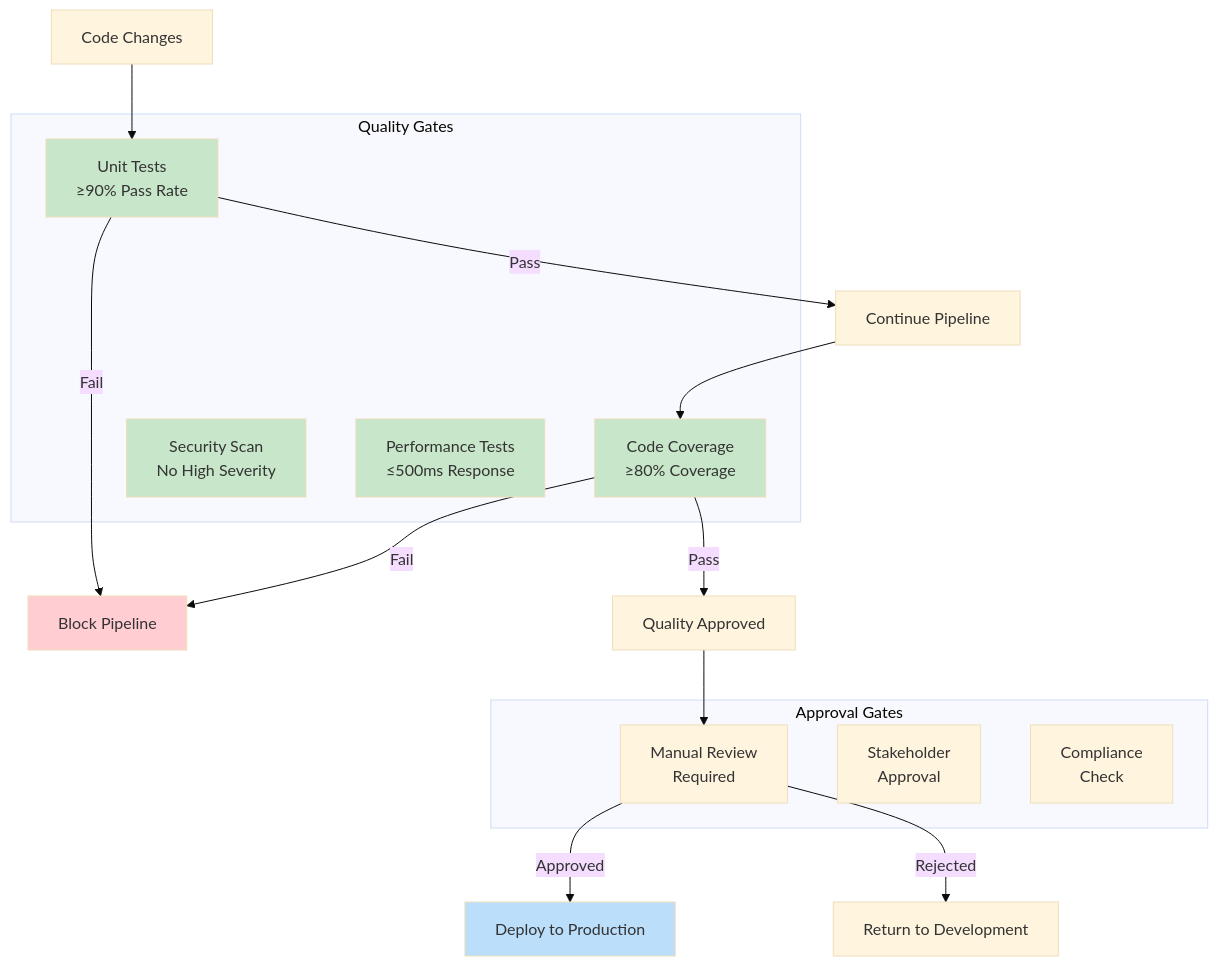
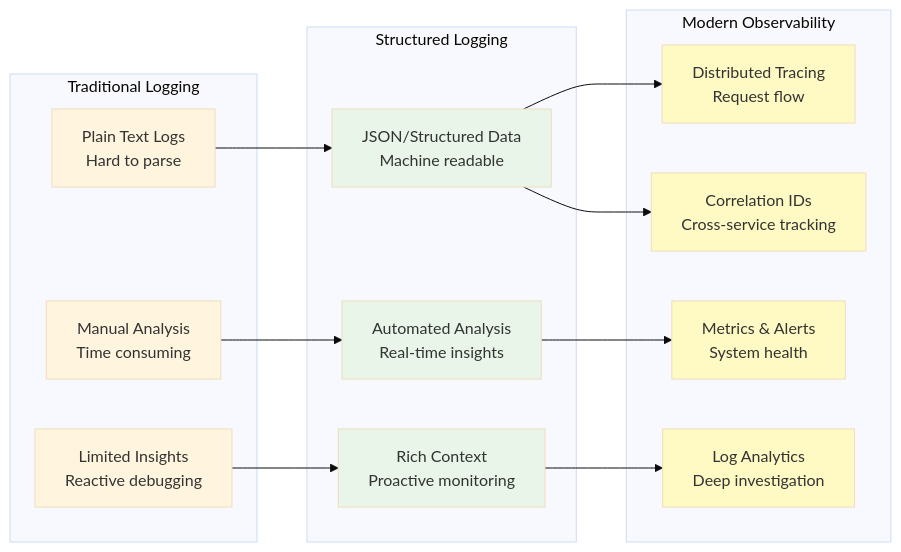
One commit to hunkim/VibeSoftwareEngineering changed the second of 2 diagrams in chapters/chapter-10.md. Above: the diagram before and after it, drawn with Mermaid (base theme). The commit also changed other lines of this file and 17 other files, not shown here.

````diff
--- a/chapters/chapter-10.md
+++ b/chapters/chapter-10.md
@@ -222,34 +774,38 @@
 ```mermaid
-graph TD
-    subgraph "Quality Gates"
-        A["Unit Tests<br/>≥90% Pass Rate"]
-        B["Code Coverage<br/>≥80% Coverage"]
-        C["Security Scan<br/>No High Severity"]
-        D["Performance Tests<br/>≤500ms Response"]
+graph LR
+    subgraph "Traditional Logging"
+        A["Plain Text Logs<br/>Hard to parse"]
+        B["Manual Analysis<br/>Time consuming"]
+        C["Limited Insights<br/>Reactive debugging"]
     end
     
-    subgraph "Approval Gates"
-        E["Manual Review<br/>Required"]
-        F["Stakeholder<br/>Approval"]
-        G["Compliance<br/>Check"]
+    subgraph "Structured Logging"
+        D["JSON/Structured Data<br/>Machine readable"]
+        E["Automated Analysis<br/>Real-time insights"]
+        F["Rich Context<br/>Proactive monitoring"]
     end
     
-    H["Code Changes"] --> A
-    A -->|Pass| I["Continue Pipeline"]
-    A -->|Fail| J["Block Pipeline"]
+    subgraph "Modern Observability"
+        G["Distributed Tracing<br/>Request flow"]
+        H["Metrics & Alerts<br/>System health"]
+        I["Log Analytics<br/>Deep investigation"]
+        J["Correlation IDs<br/>Cross-service tracking"]
+    end
     
-    I --> B
-    B -->|Pass| K["Quality Approved"]
-    B -->|Fail| J
+    A --> D
+    B --> E
+    C --> F
     
-    K --> E
-    E -->|Approved| L["Deploy to Production"]
-    E -->|Rejected| M["Return to Development"]
+    D --> G
+    E --> H
+    F --> I
+    D --> J
     
-    style A fill:#c8e6c9
-    style B fill:#c8e6c9
-    style C fill:#c8e6c9
-    style D fill:#c8e6c9
-    style J fill:#ffcdd2
-    style L fill:#bbdefb
+    style D fill:#e8f5e8
+    style E fill:#e8f5e8
+    style F fill:#e8f5e8
+    style G fill:#fff9c4
+    style H fill:#fff9c4
+    style I fill:#fff9c4
+    style J fill:#fff9c4
 ```
````
